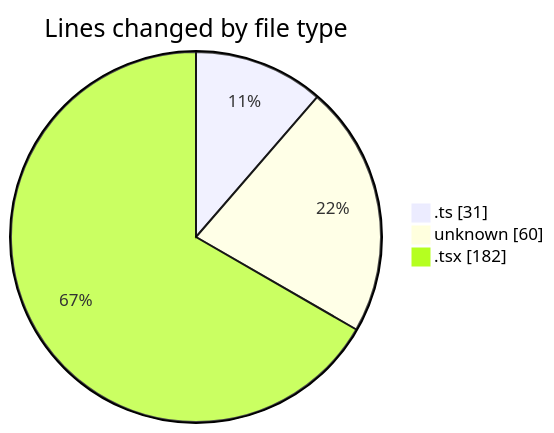
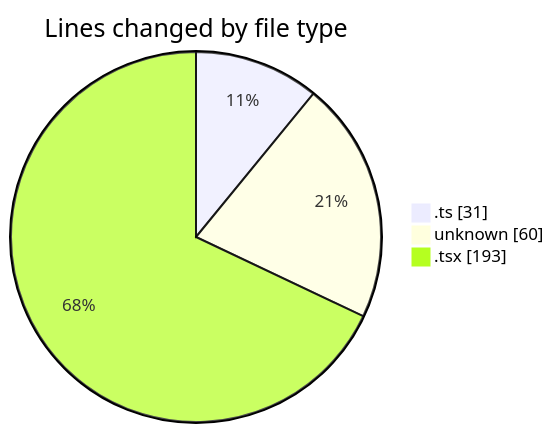
One commit to momahboobian/code-tracking changed the first of 2 diagrams in 2026-06-12/cda/README.md. Above: the diagram before and after it, drawn with Mermaid. The commit also changed other lines of this file and 1 other file, not shown here.

````diff
--- a/2026-06-12/cda/README.md
+++ b/2026-06-12/cda/README.md
@@ -24,7 +24,7 @@
 ```mermaid
 pie showData
 title Lines changed by file type
 ".ts" : 31
 "unknown" : 60
-".tsx" : 182
+".tsx" : 193
 ```
````
